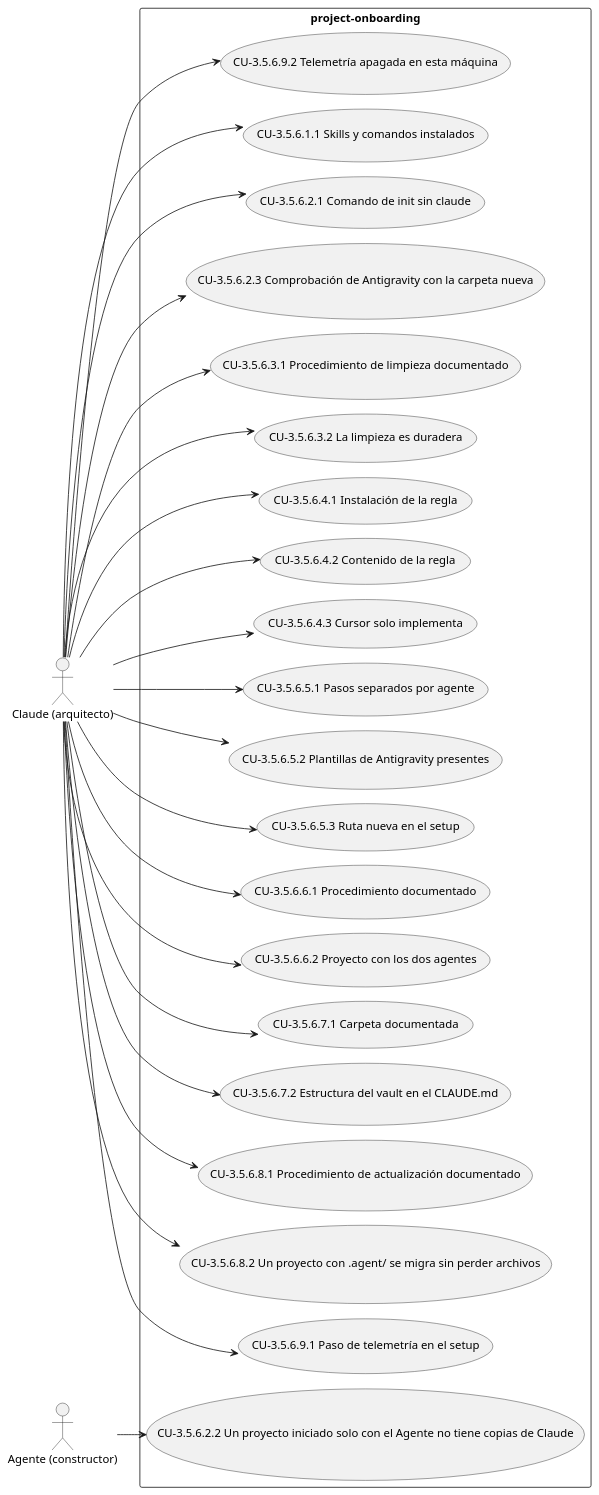
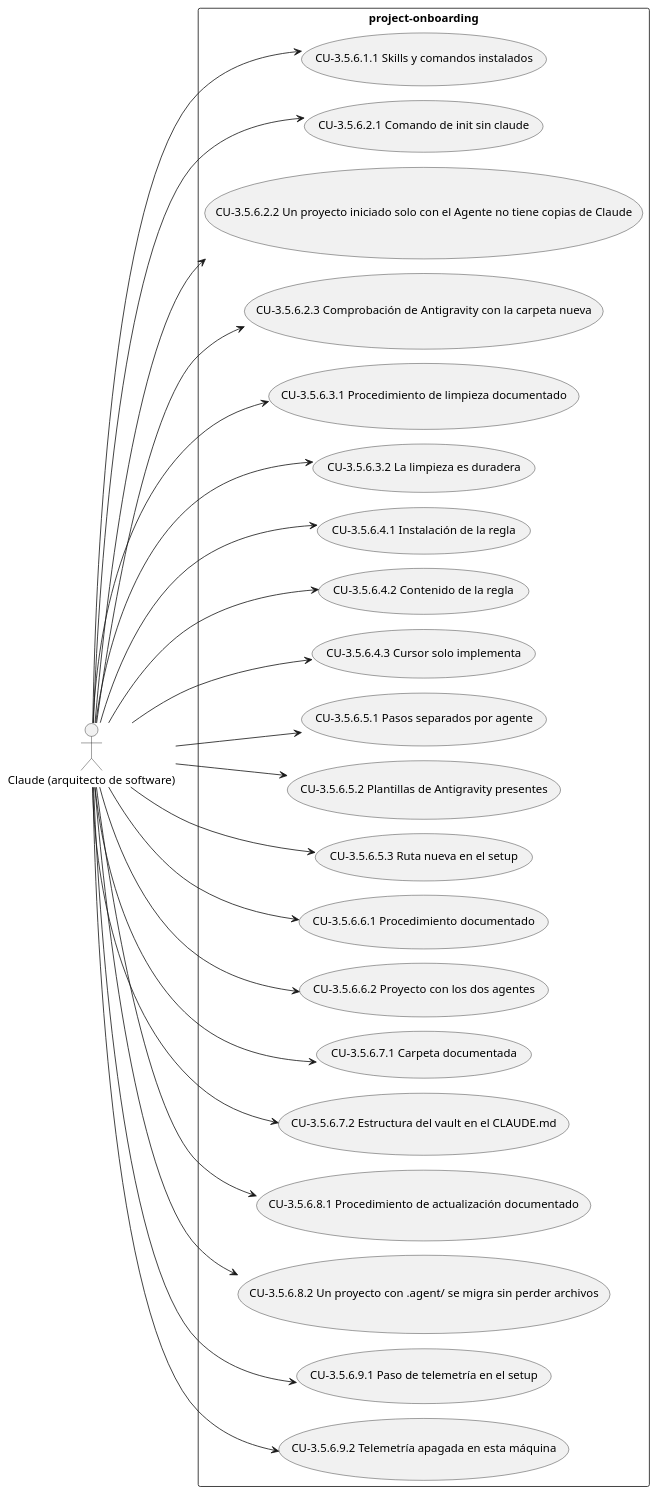
Before and after one commit to Lautaro-Montecchiani/sdd-global-config: the diagram in docs/diagramas/CAP-3.5.6.puml, drawn with PlantUML. The commit also changed 40 other files, not shown here.

```diff
--- a/docs/diagramas/CAP-3.5.6.puml
+++ b/docs/diagramas/CAP-3.5.6.puml
@@ -1,48 +1,47 @@
 @startuml
 !pragma layout smetana
 left to right direction
-actor "Claude (arquitecto)" as A1
-actor "Agente (constructor)" as A2
+actor "Claude (arquitecto de software)" as A1
 rectangle "project-onboarding" {
   usecase "CU-3.5.6.1.1 Skills y comandos instalados" as UC_3_5_6_1_1
   usecase "CU-3.5.6.2.1 Comando de init sin claude" as UC_3_5_6_2_1
   usecase "CU-3.5.6.2.2 Un proyecto iniciado solo con el Agente no tiene copias de Claude" as UC_3_5_6_2_2
   usecase "CU-3.5.6.2.3 Comprobación de Antigravity con la carpeta nueva" as UC_3_5_6_2_3
   usecase "CU-3.5.6.3.1 Procedimiento de limpieza documentado" as UC_3_5_6_3_1
   usecase "CU-3.5.6.3.2 La limpieza es duradera" as UC_3_5_6_3_2
   usecase "CU-3.5.6.4.1 Instalación de la regla" as UC_3_5_6_4_1
   usecase "CU-3.5.6.4.2 Contenido de la regla" as UC_3_5_6_4_2
   usecase "CU-3.5.6.4.3 Cursor solo implementa" as UC_3_5_6_4_3
   usecase "CU-3.5.6.5.1 Pasos separados por agente" as UC_3_5_6_5_1
   usecase "CU-3.5.6.5.2 Plantillas de Antigravity presentes" as UC_3_5_6_5_2
   usecase "CU-3.5.6.5.3 Ruta nueva en el setup" as UC_3_5_6_5_3
   usecase "CU-3.5.6.6.1 Procedimiento documentado" as UC_3_5_6_6_1
   usecase "CU-3.5.6.6.2 Proyecto con los dos agentes" as UC_3_5_6_6_2
   usecase "CU-3.5.6.7.1 Carpeta documentada" as UC_3_5_6_7_1
   usecase "CU-3.5.6.7.2 Estructura del vault en el CLAUDE.md" as UC_3_5_6_7_2
   usecase "CU-3.5.6.8.1 Procedimiento de actualización documentado" as UC_3_5_6_8_1
   usecase "CU-3.5.6.8.2 Un proyecto con .agent/ se migra sin perder archivos" as UC_3_5_6_8_2
   usecase "CU-3.5.6.9.1 Paso de telemetría en el setup" as UC_3_5_6_9_1
   usecase "CU-3.5.6.9.2 Telemetría apagada en esta máquina" as UC_3_5_6_9_2
 }
 A1 --> UC_3_5_6_1_1
 A1 --> UC_3_5_6_2_1
-A2 --> UC_3_5_6_2_2
+A1 --> UC_3_5_6_2_2
 A1 --> UC_3_5_6_2_3
 A1 --> UC_3_5_6_3_1
 A1 --> UC_3_5_6_3_2
 A1 --> UC_3_5_6_4_1
 A1 --> UC_3_5_6_4_2
 A1 --> UC_3_5_6_4_3
 A1 --> UC_3_5_6_5_1
 A1 --> UC_3_5_6_5_2
 A1 --> UC_3_5_6_5_3
 A1 --> UC_3_5_6_6_1
 A1 --> UC_3_5_6_6_2
 A1 --> UC_3_5_6_7_1
 A1 --> UC_3_5_6_7_2
 A1 --> UC_3_5_6_8_1
 A1 --> UC_3_5_6_8_2
 A1 --> UC_3_5_6_9_1
 A1 --> UC_3_5_6_9_2
 @enduml
```
